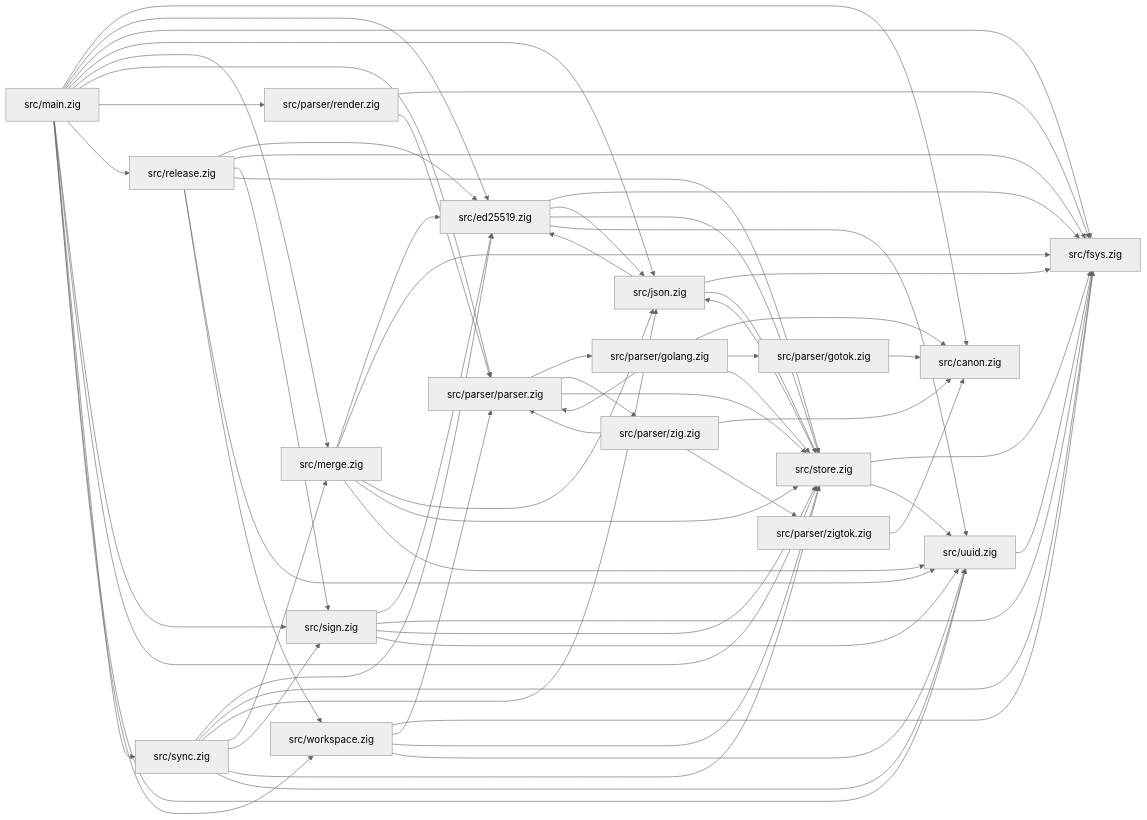
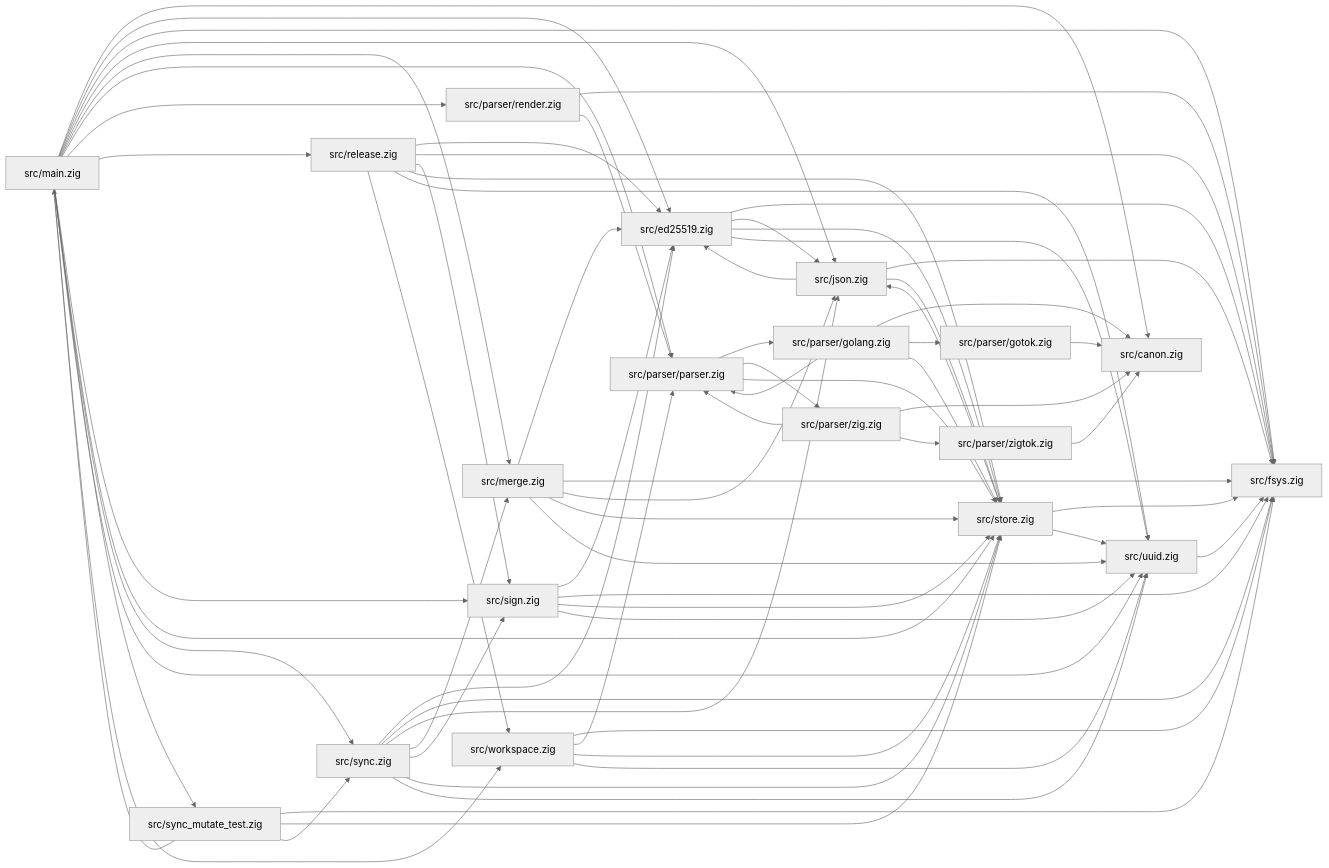
One commit to drawmeanelephant/flint-client changed the diagram in docs/module-map.md. Above: the diagram before and after it, drawn with Mermaid (neutral theme). The commit also changed 6 other files, not shown here.

````diff
--- a/docs/module-map.md
+++ b/docs/module-map.md
@@ -7,67 +7,72 @@
 ```mermaid
 flowchart LR
   src_ed25519_zig["src/ed25519.zig"] --> src_fsys_zig["src/fsys.zig"]
   src_ed25519_zig["src/ed25519.zig"] --> src_json_zig["src/json.zig"]
   src_ed25519_zig["src/ed25519.zig"] --> src_store_zig["src/store.zig"]
   src_ed25519_zig["src/ed25519.zig"] --> src_uuid_zig["src/uuid.zig"]
   src_json_zig["src/json.zig"] --> src_ed25519_zig["src/ed25519.zig"]
   src_json_zig["src/json.zig"] --> src_fsys_zig["src/fsys.zig"]
   src_json_zig["src/json.zig"] --> src_store_zig["src/store.zig"]
   src_main_zig["src/main.zig"] --> src_canon_zig["src/canon.zig"]
   src_main_zig["src/main.zig"] --> src_ed25519_zig["src/ed25519.zig"]
   src_main_zig["src/main.zig"] --> src_fsys_zig["src/fsys.zig"]
   src_main_zig["src/main.zig"] --> src_json_zig["src/json.zig"]
   src_main_zig["src/main.zig"] --> src_merge_zig["src/merge.zig"]
   src_main_zig["src/main.zig"] --> src_parser_parser_zig["src/parser/parser.zig"]
   src_main_zig["src/main.zig"] --> src_parser_render_zig["src/parser/render.zig"]
   src_main_zig["src/main.zig"] --> src_release_zig["src/release.zig"]
   src_main_zig["src/main.zig"] --> src_sign_zig["src/sign.zig"]
   src_main_zig["src/main.zig"] --> src_store_zig["src/store.zig"]
   src_main_zig["src/main.zig"] --> src_sync_zig["src/sync.zig"]
+  src_main_zig["src/main.zig"] --> src_sync_mutate_test_zig["src/sync_mutate_test.zig"]
   src_main_zig["src/main.zig"] --> src_uuid_zig["src/uuid.zig"]
   src_main_zig["src/main.zig"] --> src_workspace_zig["src/workspace.zig"]
   src_merge_zig["src/merge.zig"] --> src_ed25519_zig["src/ed25519.zig"]
   src_merge_zig["src/merge.zig"] --> src_fsys_zig["src/fsys.zig"]
   src_merge_zig["src/merge.zig"] --> src_json_zig["src/json.zig"]
   src_merge_zig["src/merge.zig"] --> src_store_zig["src/store.zig"]
   src_merge_zig["src/merge.zig"] --> src_uuid_zig["src/uuid.zig"]
   src_parser_golang_zig["src/parser/golang.zig"] --> src_canon_zig["src/canon.zig"]
   src_parser_golang_zig["src/parser/golang.zig"] --> src_parser_gotok_zig["src/parser/gotok.zig"]
   src_parser_golang_zig["src/parser/golang.zig"] --> src_parser_parser_zig["src/parser/parser.zig"]
   src_parser_golang_zig["src/parser/golang.zig"] --> src_store_zig["src/store.zig"]
   src_parser_gotok_zig["src/parser/gotok.zig"] --> src_canon_zig["src/canon.zig"]
   src_parser_parser_zig["src/parser/parser.zig"] --> src_parser_golang_zig["src/parser/golang.zig"]
   src_parser_parser_zig["src/parser/parser.zig"] --> src_parser_zig_zig["src/parser/zig.zig"]
   src_parser_parser_zig["src/parser/parser.zig"] --> src_store_zig["src/store.zig"]
   src_parser_render_zig["src/parser/render.zig"] --> src_fsys_zig["src/fsys.zig"]
   src_parser_render_zig["src/parser/render.zig"] --> src_parser_parser_zig["src/parser/parser.zig"]
   src_parser_zig_zig["src/parser/zig.zig"] --> src_canon_zig["src/canon.zig"]
   src_parser_zig_zig["src/parser/zig.zig"] --> src_parser_parser_zig["src/parser/parser.zig"]
   src_parser_zig_zig["src/parser/zig.zig"] --> src_parser_zigtok_zig["src/parser/zigtok.zig"]
   src_parser_zigtok_zig["src/parser/zigtok.zig"] --> src_canon_zig["src/canon.zig"]
   src_release_zig["src/release.zig"] --> src_ed25519_zig["src/ed25519.zig"]
   src_release_zig["src/release.zig"] --> src_fsys_zig["src/fsys.zig"]
   src_release_zig["src/release.zig"] --> src_sign_zig["src/sign.zig"]
   src_release_zig["src/release.zig"] --> src_store_zig["src/store.zig"]
   src_release_zig["src/release.zig"] --> src_uuid_zig["src/uuid.zig"]
   src_release_zig["src/release.zig"] --> src_workspace_zig["src/workspace.zig"]
   src_sign_zig["src/sign.zig"] --> src_ed25519_zig["src/ed25519.zig"]
   src_sign_zig["src/sign.zig"] --> src_fsys_zig["src/fsys.zig"]
   src_sign_zig["src/sign.zig"] --> src_store_zig["src/store.zig"]
   src_sign_zig["src/sign.zig"] --> src_uuid_zig["src/uuid.zig"]
   src_store_zig["src/store.zig"] --> src_fsys_zig["src/fsys.zig"]
   src_store_zig["src/store.zig"] --> src_json_zig["src/json.zig"]
   src_store_zig["src/store.zig"] --> src_uuid_zig["src/uuid.zig"]
   src_sync_zig["src/sync.zig"] --> src_ed25519_zig["src/ed25519.zig"]
   src_sync_zig["src/sync.zig"] --> src_fsys_zig["src/fsys.zig"]
   src_sync_zig["src/sync.zig"] --> src_json_zig["src/json.zig"]
   src_sync_zig["src/sync.zig"] --> src_merge_zig["src/merge.zig"]
   src_sync_zig["src/sync.zig"] --> src_sign_zig["src/sign.zig"]
   src_sync_zig["src/sync.zig"] --> src_store_zig["src/store.zig"]
   src_sync_zig["src/sync.zig"] --> src_uuid_zig["src/uuid.zig"]
+  src_sync_mutate_test_zig["src/sync_mutate_test.zig"] --> src_fsys_zig["src/fsys.zig"]
+  src_sync_mutate_test_zig["src/sync_mutate_test.zig"] --> src_main_zig["src/main.zig"]
+  src_sync_mutate_test_zig["src/sync_mutate_test.zig"] --> src_store_zig["src/store.zig"]
+  src_sync_mutate_test_zig["src/sync_mutate_test.zig"] --> src_sync_zig["src/sync.zig"]
   src_uuid_zig["src/uuid.zig"] --> src_fsys_zig["src/fsys.zig"]
   src_workspace_zig["src/workspace.zig"] --> src_fsys_zig["src/fsys.zig"]
   src_workspace_zig["src/workspace.zig"] --> src_parser_parser_zig["src/parser/parser.zig"]
   src_workspace_zig["src/workspace.zig"] --> src_store_zig["src/store.zig"]
   src_workspace_zig["src/workspace.zig"] --> src_uuid_zig["src/uuid.zig"]
 ```
````
